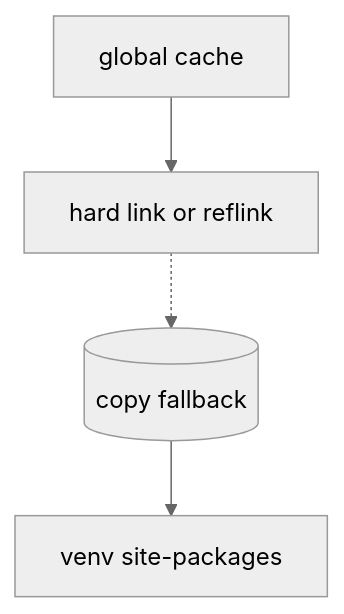
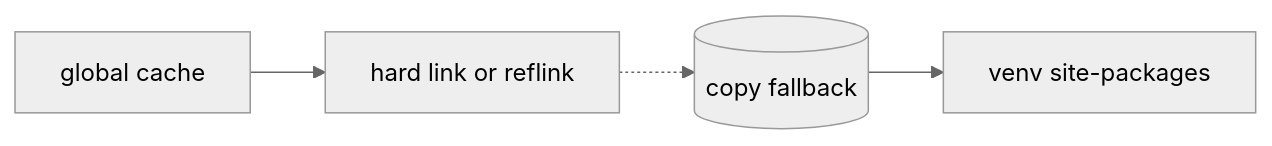
The fifth of 5 diagrams in docs/en/blog/posts/2026-09-07-js-python-package-managers.md (Aldo-f/Aldo-f.github.io), drawn with Mermaid (neutral theme) before and after one commit. The commit also changed other lines of this file, not shown here.

Commit message:
style: flowcharts horizontal (LR)

````diff
--- a/docs/en/blog/posts/2026-09-07-js-python-package-managers.md
+++ b/docs/en/blog/posts/2026-09-07-js-python-package-managers.md
@@ -230,6 +230,6 @@
 ```mermaid
-flowchart TD
+flowchart LR
     A[global cache] --> B[hard link or reflink]
     B -.-> C[(copy fallback)]
     C --> D[venv site-packages]
 ```
````
